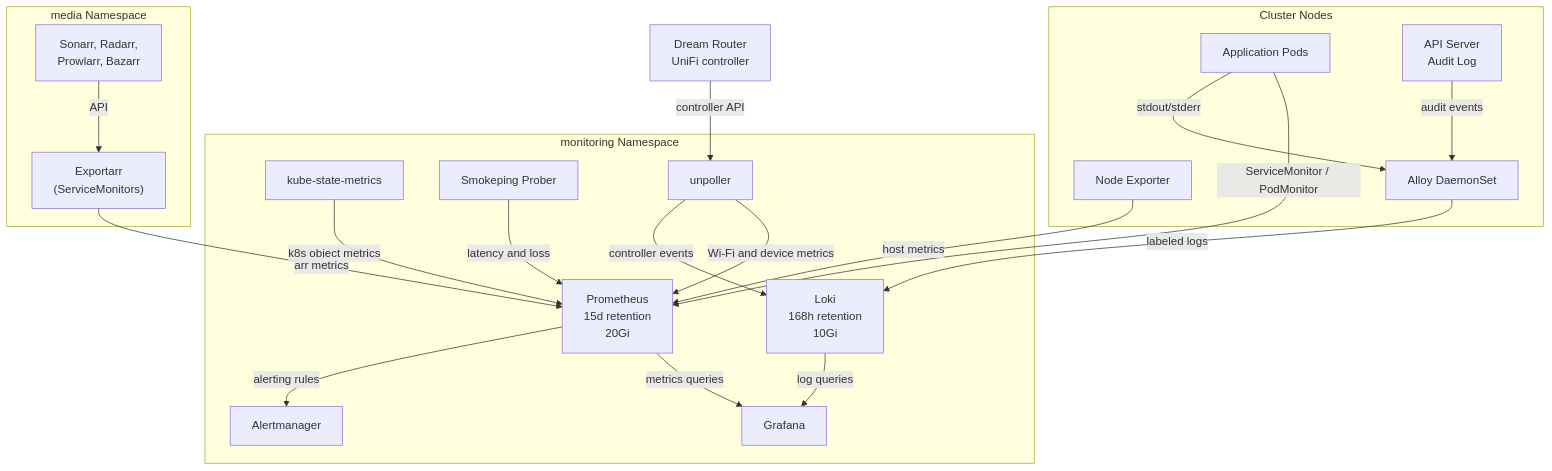
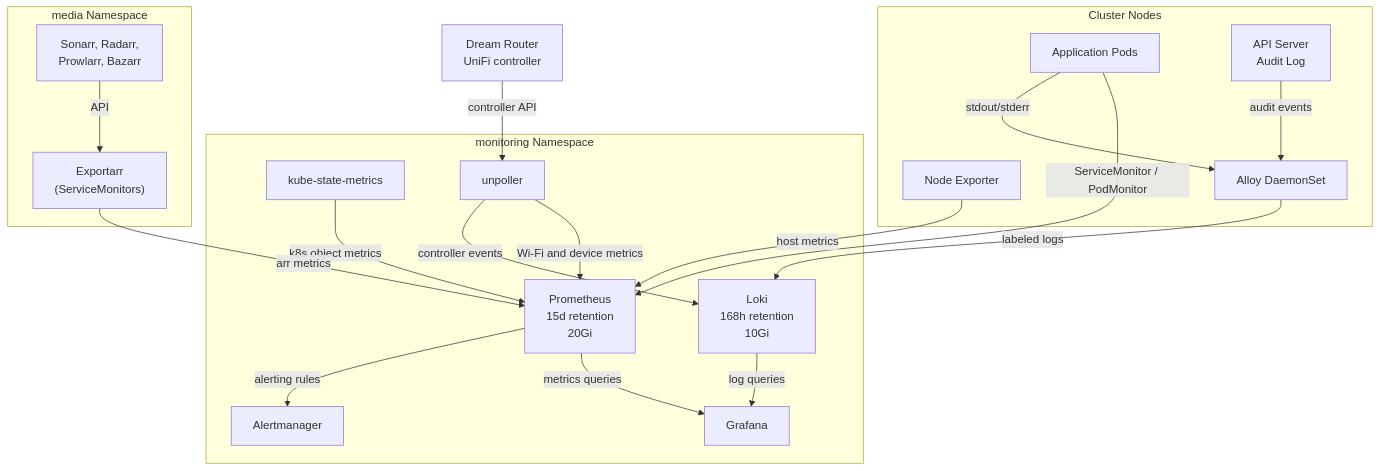
Before and after one commit to kyleseneker/homelab: the third of 3 diagrams in docs/architecture/monitoring.md, drawn with Mermaid. The commit also changed other lines of this file and 19 other files, not shown here.

````diff
--- a/docs/architecture/monitoring.md
+++ b/docs/architecture/monitoring.md
@@ -255,43 +250,41 @@
 ```mermaid
 flowchart TD
     subgraph nodes["Cluster Nodes"]
         ne["Node Exporter"]
         alloyDs["Alloy DaemonSet"]
         appPods["Application Pods"]
         auditLog["API Server\nAudit Log"]
     end
 
     router["Dream Router\nUniFi controller"]
 
     subgraph monitoring["monitoring Namespace"]
         prom["Prometheus\n15d retention\n20Gi"]
         loki["Loki\n168h retention\n10Gi"]
         grafana["Grafana"]
         am["Alertmanager"]
         ksm["kube-state-metrics"]
-        smokeping["Smokeping Prober"]
         unpoller["unpoller"]
     end
 
     ne -->|"host metrics"| prom
     ksm -->|"k8s object metrics"| prom
     appPods -->|"ServiceMonitor / PodMonitor"| prom
     appPods -->|"stdout/stderr"| alloyDs
     auditLog -->|"audit events"| alloyDs
     router -->|"controller API"| unpoller
     unpoller -->|"Wi-Fi and device metrics"| prom
     unpoller -->|"controller events"| loki
-    smokeping -->|"latency and loss"| prom
     alloyDs -->|"labeled logs"| loki
     prom -->|"metrics queries"| grafana
     loki -->|"log queries"| grafana
     prom -->|"alerting rules"| am
 
     subgraph media["media Namespace"]
         exportarr["Exportarr\n(ServiceMonitors)"]
         arrApps["Sonarr, Radarr,\nProwlarr, Bazarr"]
     end
 
     arrApps -->|"API"| exportarr
     exportarr -->|"arr metrics"| prom
 ```
````
